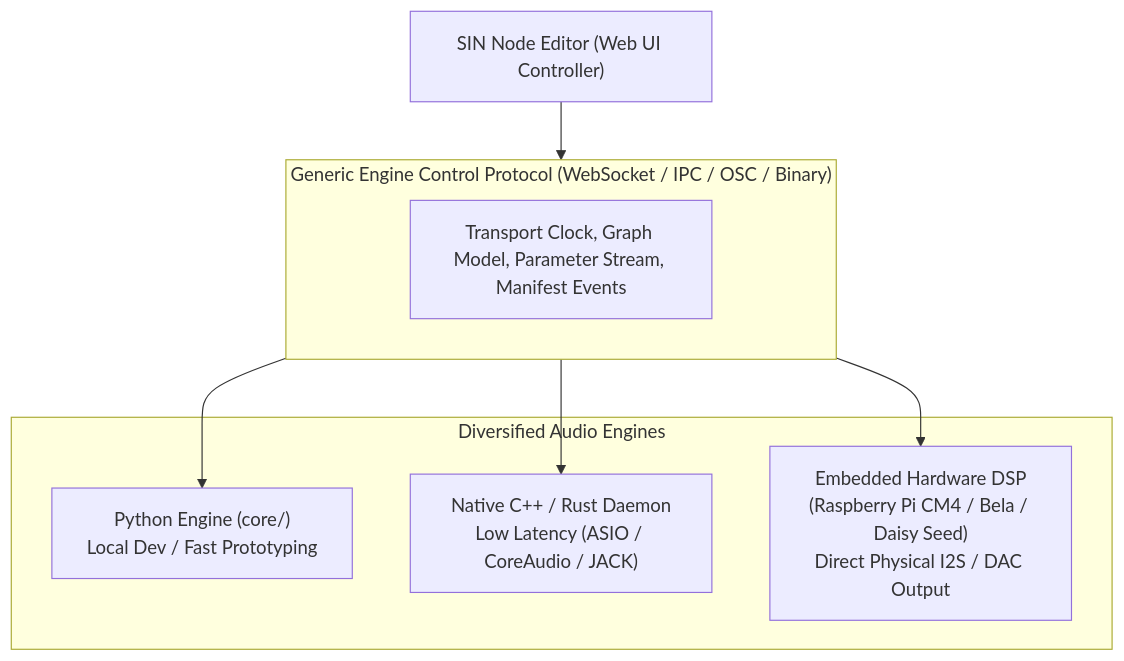
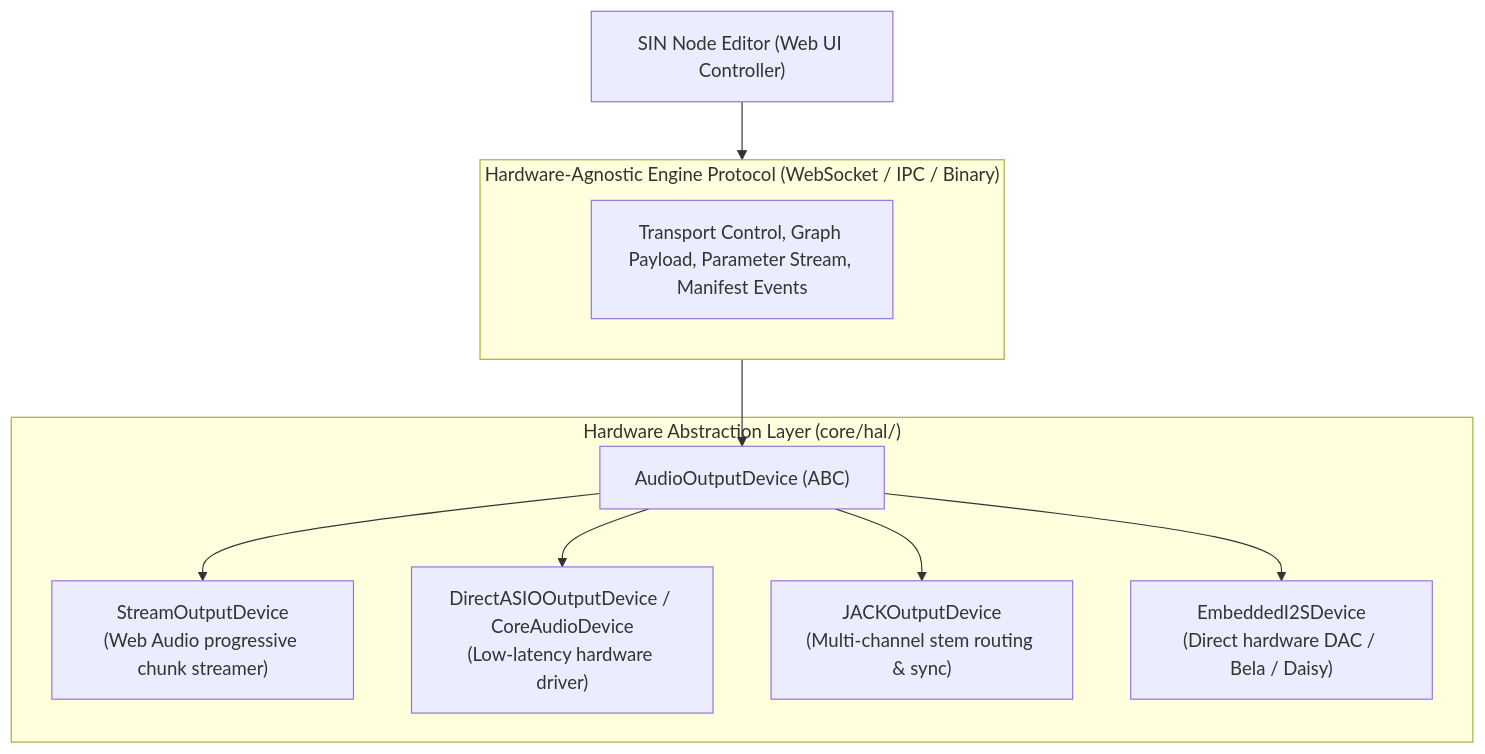
One commit to davesuonabene/sin changed the second of 2 diagrams in .agents/memory/engine.md. Above: the diagram before and after it, drawn with Mermaid. The commit also changed other lines of this file and 2 other files, not shown here.

Commit message:
documented engine

````diff
--- a/.agents/memory/engine.md
+++ b/.agents/memory/engine.md
@@ -235,19 +264,23 @@
 ```mermaid
 graph TD
     UI["SIN Node Editor (Web UI Controller)"]
     
-    subgraph Protocol ["Generic Engine Control Protocol (WebSocket / IPC / OSC / Binary)"]
-        StreamAPI["Transport Clock, Graph Model, Parameter Stream, Manifest Events"]
+    subgraph Protocol ["Hardware-Agnostic Engine Protocol (WebSocket / IPC / Binary)"]
+        StreamAPI["Transport Control, Graph Payload, Parameter Stream, Manifest Events"]
     end
     
-    subgraph TargetEngines ["Diversified Audio Engines"]
-        Python["Python Engine (core/)\nLocal Dev / Fast Prototyping"]
-        Native["Native C++ / Rust Daemon\nLow Latency (ASIO / CoreAudio / JACK)"]
-        Hardware["Embedded Hardware DSP\n(Raspberry Pi CM4 / Bela / Daisy Seed)\nDirect Physical I2S / DAC Output"]
+    subgraph HAL ["Hardware Abstraction Layer (core/hal/)"]
+        AudioDevice["AudioOutputDevice (ABC)"]
+        StreamDev["StreamOutputDevice\n(Web Audio progressive chunk streamer)"]
+        NativeDev["DirectASIOOutputDevice / CoreAudioDevice\n(Low-latency hardware driver)"]
+        JACKDev["JACKOutputDevice\n(Multi-channel stem routing & sync)"]
+        EmbeddedDev["EmbeddedI2SDevice\n(Direct hardware DAC / Bela / Daisy)"]
     end
 
     UI --> Protocol
-    Protocol --> Python
-    Protocol --> Native
-    Protocol --> Hardware
+    Protocol --> AudioDevice
+    AudioDevice --> StreamDev
+    AudioDevice --> NativeDev
+    AudioDevice --> JACKDev
+    AudioDevice --> EmbeddedDev
 ```
````
